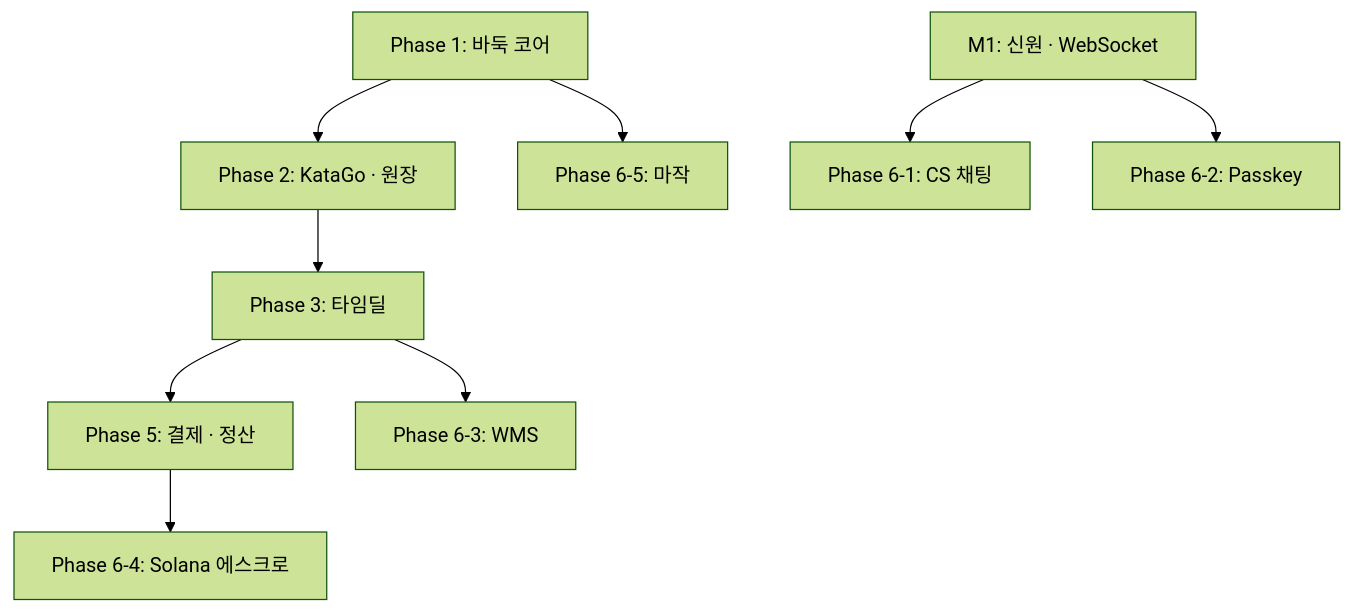
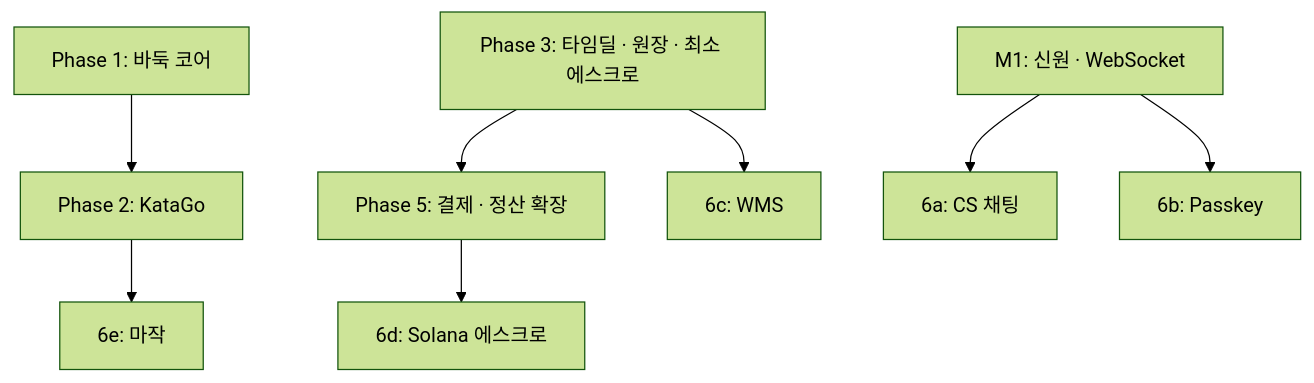
One commit to 1985jwlee/portpolio_backend changed the second of 2 diagrams in docs/adr/ADR-016-payments-and-extensions.md. Above: the diagram before and after it, drawn with Mermaid (forest theme). The commit also changed other lines of this file and 50 other files, not shown here.

````diff
--- a/docs/adr/ADR-016-payments-and-extensions.md
+++ b/docs/adr/ADR-016-payments-and-extensions.md
@@ -54,11 +54,10 @@
 ```mermaid
 flowchart TB
-    P1["Phase 1: 바둑 코어"] --> P2["Phase 2: KataGo · 원장"]
-    P2 --> P3["Phase 3: 타임딜"]
-    P3 --> P5["Phase 5: 결제 · 정산"]
-    P5 --> S4["Phase 6-4: Solana 에스크로"]
-    P1 --> S5["Phase 6-5: 마작"]
-    M1["M1: 신원 · WebSocket"] --> S1["Phase 6-1: CS 채팅"]
-    M1 --> S2["Phase 6-2: Passkey"]
-    P3 --> S3["Phase 6-3: WMS"]
+    P3["Phase 3: 타임딜 · 원장 · 최소 에스크로"] --> P5["Phase 5: 결제 · 정산 확장"]
+    P5 --> S4["6d: Solana 에스크로"]
+    P1["Phase 1: 바둑 코어"] --> P2["Phase 2: KataGo"]
+    P2 --> S5["6e: 마작"]
+    M1["M1: 신원 · WebSocket"] --> S1["6a: CS 채팅"]
+    M1 --> S2["6b: Passkey"]
+    P3 --> S3["6c: WMS"]
 ```
````
